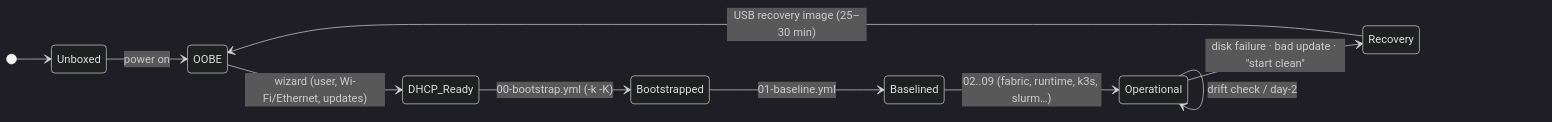
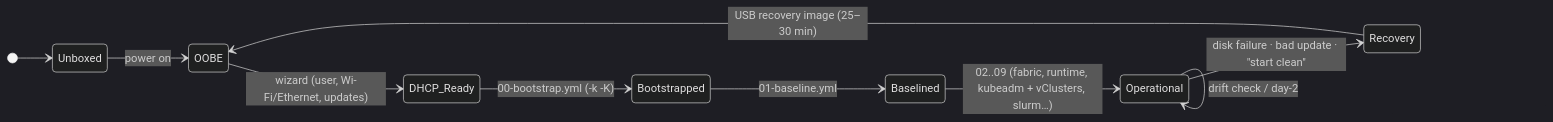
One commit to cloudone365/technical-depth changed the first of 4 diagrams in 01 Ansible/06-bare-metal-os-provisioning-pxe-and-redfish.md. Above: the diagram before and after it, drawn with Mermaid (dark theme). The commit also changed 53 other files, not shown here.

First line of the commit message:
Rewrite 01 Ansible and 02 Kubernetes volumes for the kubeadm root + two vClusters

````diff
--- a/01 Ansible/06-bare-metal-os-provisioning-pxe-and-redfish.md
+++ b/01 Ansible/06-bare-metal-os-provisioning-pxe-and-redfish.md
@@ -23,13 +23,13 @@
 ```mermaid
 stateDiagram-v2
   direction LR
   [*] --> Unboxed
   Unboxed --> OOBE: power on
   OOBE --> DHCP_Ready: wizard (user, Wi-Fi/Ethernet, updates)
   DHCP_Ready --> Bootstrapped: 00-bootstrap.yml (-k -K)
   Bootstrapped --> Baselined: 01-baseline.yml
-  Baselined --> Operational: 02..09 (fabric, runtime, k3s, slurm…)
+  Baselined --> Operational: 02..09 (fabric, runtime, kubeadm + vClusters, slurm…)
   Operational --> Operational: drift check / day-2
   Operational --> Recovery: disk failure · bad update · "start clean"
   Recovery --> OOBE: USB recovery image (25–30 min)
 ```
````
